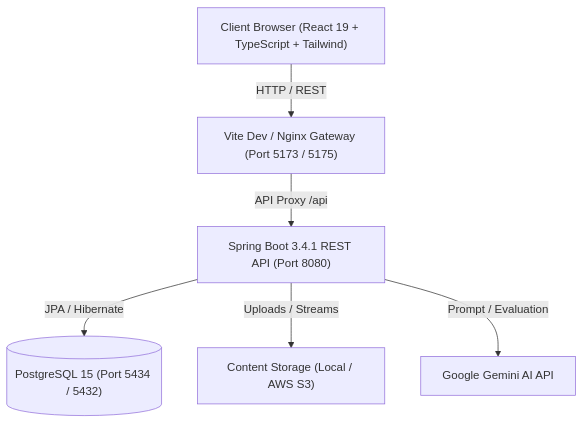
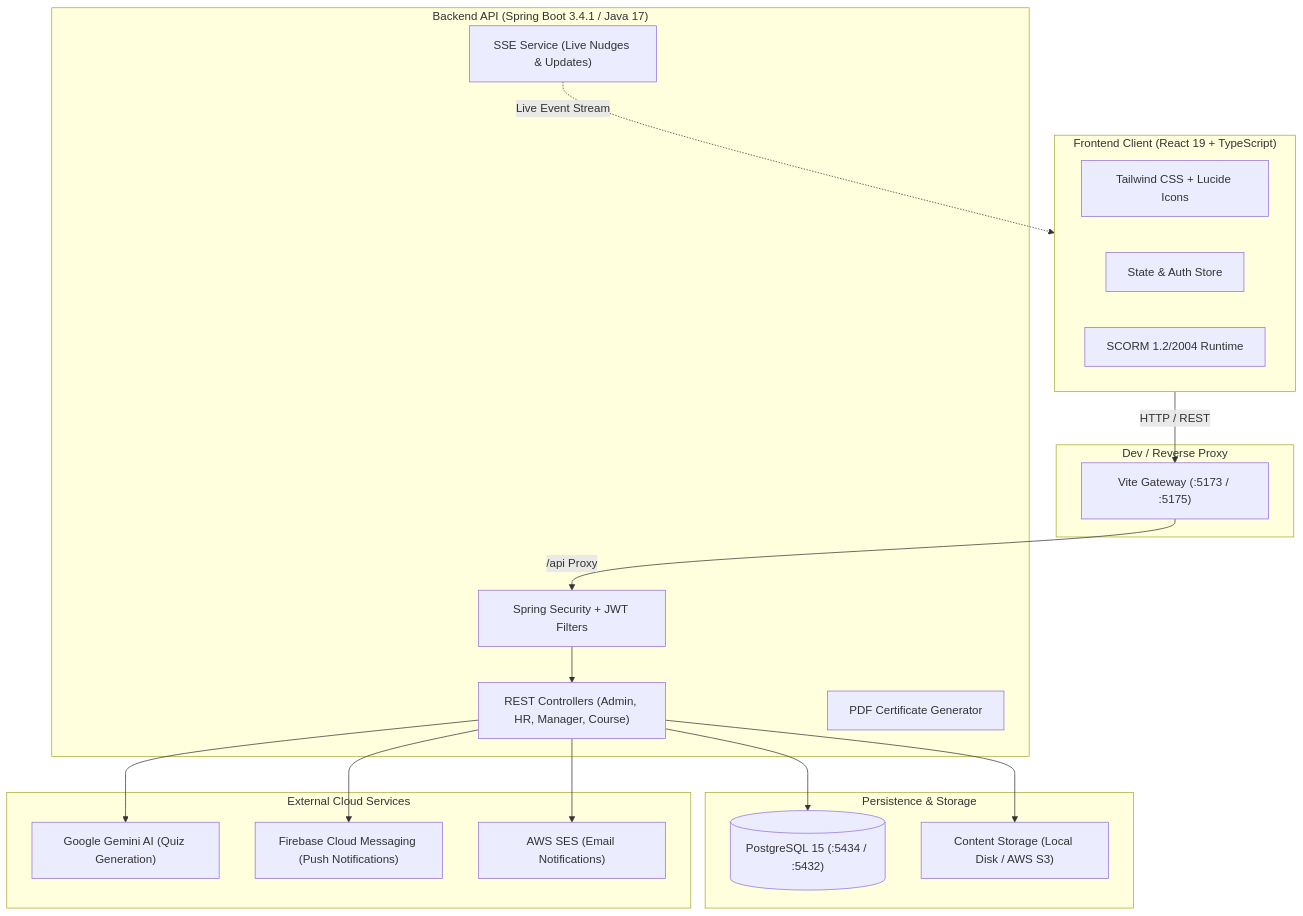
The diagram in README.md (Sairaghav-007/CLMS_Excellathon), drawn with Mermaid before and after one commit. The commit also changed other lines of this file, not shown here.

````diff
--- a/README.md
+++ b/README.md
@@ -27,15 +58,40 @@
 ```mermaid
 graph TD
-    Client["Client Browser (React 19 + TypeScript + Tailwind)"]
-    Proxy["Vite Dev / Nginx Gateway (Port 5173 / 5175)"]
-    Backend["Spring Boot 3.4.1 REST API (Port 8080)"]
-    DB[("PostgreSQL 15 (Port 5434 / 5432)")]
-    Storage["Content Storage (Local / AWS S3)"]
-    AI["Google Gemini AI API"]
+    subgraph Frontend["Frontend Client (React 19 + TypeScript)"]
+        UI["Tailwind CSS + Lucide Icons"]
+        Store["State & Auth Store"]
+        SCORMPlayer["SCORM 1.2/2004 Runtime"]
+    end
 
-    Client -->|HTTP / REST| Proxy
-    Proxy -->|API Proxy /api| Backend
-    Backend -->|JPA / Hibernate| DB
-    Backend -->|Uploads / Streams| Storage
-    Backend -->|Prompt / Evaluation| AI
+    subgraph Gateway["Dev / Reverse Proxy"]
+        ViteProxy["Vite Gateway (:5173 / :5175)"]
+    end
+
+    subgraph Backend["Backend API (Spring Boot 3.4.1 / Java 17)"]
+        Security["Spring Security + JWT Filters"]
+        Controllers["REST Controllers (Admin, HR, Manager, Course)"]
+        SSE["SSE Service (Live Nudges & Updates)"]
+        CertEngine["PDF Certificate Generator"]
+    end
+
+    subgraph Data["Persistence & Storage"]
+        Postgres[("PostgreSQL 15 (:5434 / :5432)")]
+        Storage["Content Storage (Local Disk / AWS S3)"]
+    end
+
+    subgraph External["External Cloud Services"]
+        Gemini["Google Gemini AI (Quiz Generation)"]
+        FCM["Firebase Cloud Messaging (Push Notifications)"]
+        SES["AWS SES (Email Notifications)"]
+    end
+
+    Frontend -->|HTTP / REST| ViteProxy
+    ViteProxy -->|/api Proxy| Security
+    Security --> Controllers
+    Controllers --> Postgres
+    Controllers --> Storage
+    Controllers --> Gemini
+    Controllers --> FCM
+    Controllers --> SES
+    SSE -.->|Live Event Stream| Frontend
 ```
````
